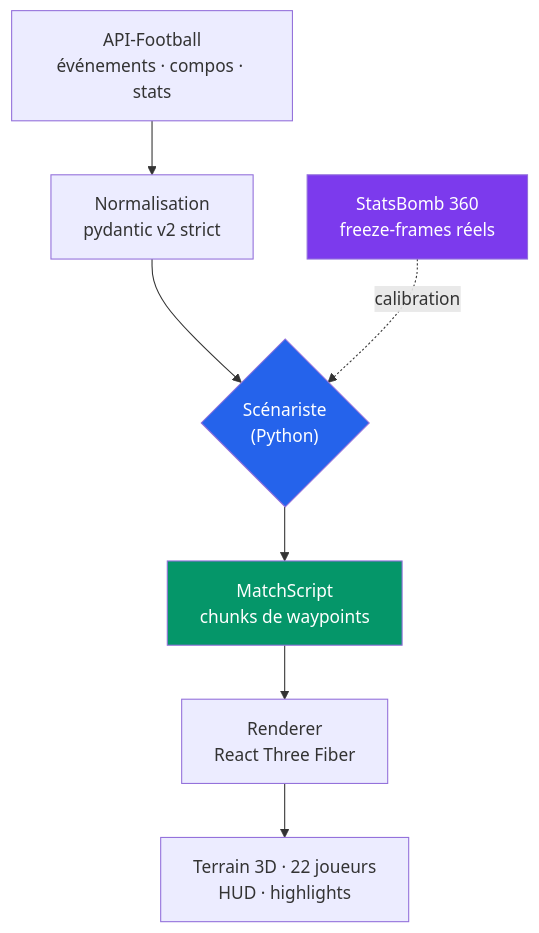
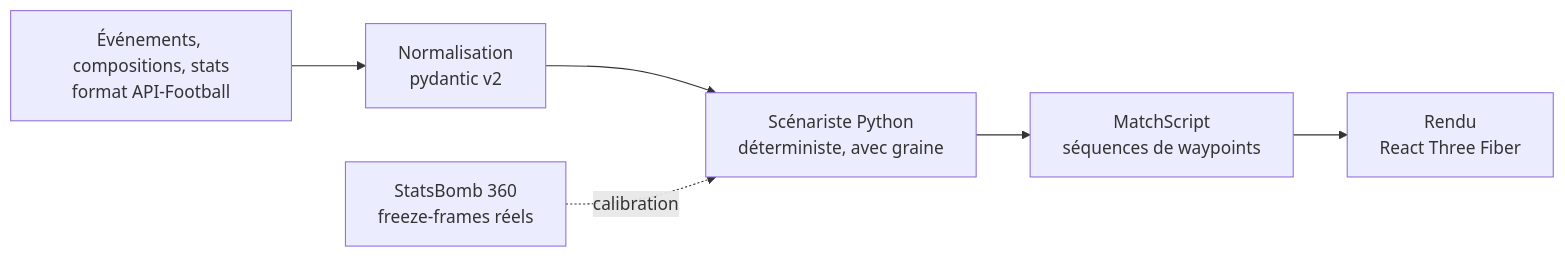
One commit to Aminebousmah/Matchscape changed the diagram in README.md. Above: the diagram before and after it, drawn with Mermaid. The commit also changed other lines of this file and 1 other file, not shown here.

Commit message:
docs: refonte du README avec resultats verifies et capture

````diff
--- a/README.md
+++ b/README.md
@@ -35,13 +33,8 @@
 ```mermaid
-flowchart TD
-    A["API-Football<br/>événements · compos · stats"] --> B["Normalisation<br/>pydantic v2 strict"]
-    B --> C{"Scénariste<br/>(Python)"}
-    S["StatsBomb 360<br/>freeze-frames réels"] -.calibration.-> C
-    C --> D["MatchScript<br/>chunks de waypoints"]
-    D --> E["Renderer<br/>React Three Fiber"]
-    E --> F["Terrain 3D · 22 joueurs<br/>HUD · highlights"]
-
-    style C fill:#2563eb,color:#fff
-    style S fill:#7c3aed,color:#fff
-    style D fill:#059669,color:#fff
+flowchart LR
+    A["Événements, compositions, stats<br/>format API-Football"] --> B["Normalisation<br/>pydantic v2"]
+    B --> C["Scénariste Python<br/>déterministe, avec graine"]
+    S["StatsBomb 360<br/>freeze-frames réels"] -. calibration .-> C
+    C --> D["MatchScript<br/>séquences de waypoints"]
+    D --> E["Rendu<br/>React Three Fiber"]
 ```
````
